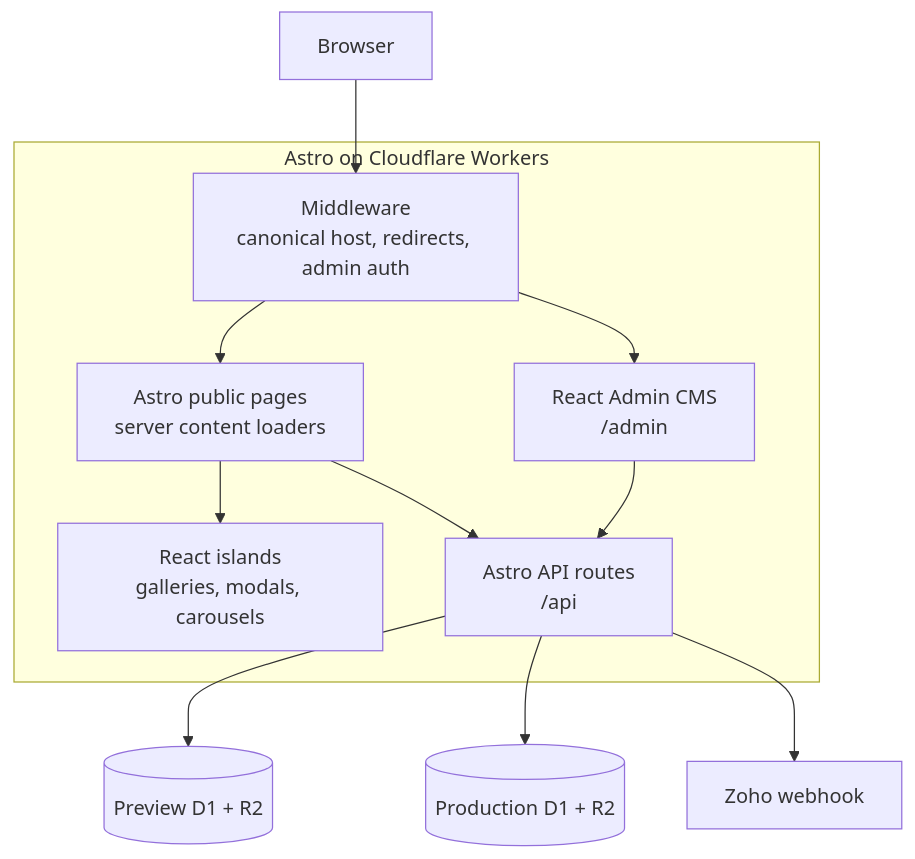
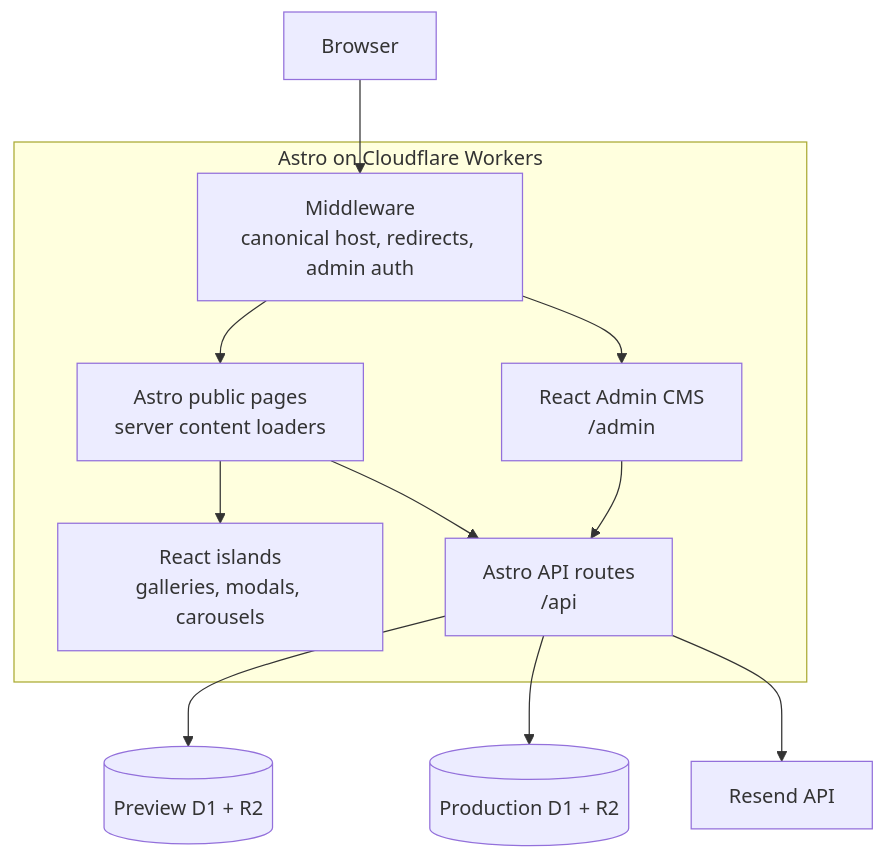
The first of 2 diagrams in docs/architecture/ARCHITECTURE.md (stpn-dev/devlab-studios), drawn with Mermaid before and after one commit. The commit also changed other lines of this file and 19 other files, not shown here.

First line of the commit message:
feat: replace Zoho Flow webhook with Resend for contact-form lead delivery

````diff
--- a/docs/architecture/ARCHITECTURE.md
+++ b/docs/architecture/ARCHITECTURE.md
@@ -12,26 +12,26 @@
 ```mermaid
 flowchart TB
     Browser[Browser]
 
     subgraph Worker[Astro on Cloudflare Workers]
         Middleware[Middleware\ncanonical host, redirects, admin auth]
         Public[Astro public pages\nserver content loaders]
         Admin[React Admin CMS\n/admin]
         Islands[React islands\ngalleries, modals, carousels]
         API[Astro API routes\n/api]
     end
 
     Preview[(Preview D1 + R2)]
     Production[(Production D1 + R2)]
-    Zoho[Zoho webhook]
+    Resend[Resend API]
 
     Browser --> Middleware
     Middleware --> Public
     Middleware --> Admin
     Public --> Islands
     Public --> API
     Admin --> API
     API --> Preview
     API --> Production
-    API --> Zoho
+    API --> Resend
 ```
````
